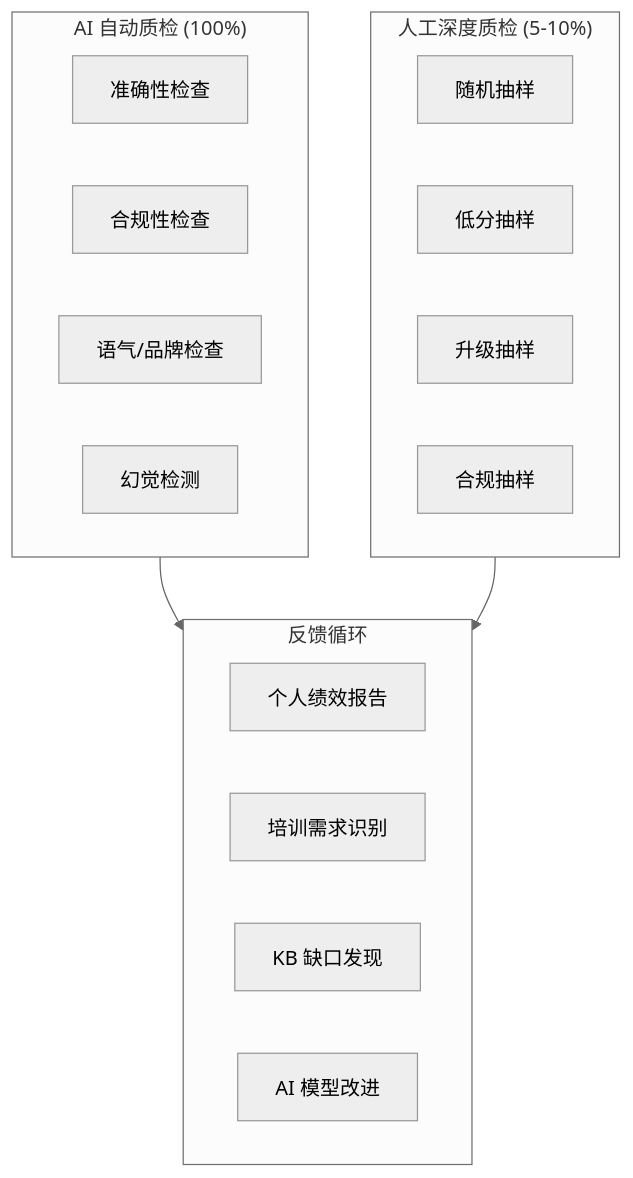
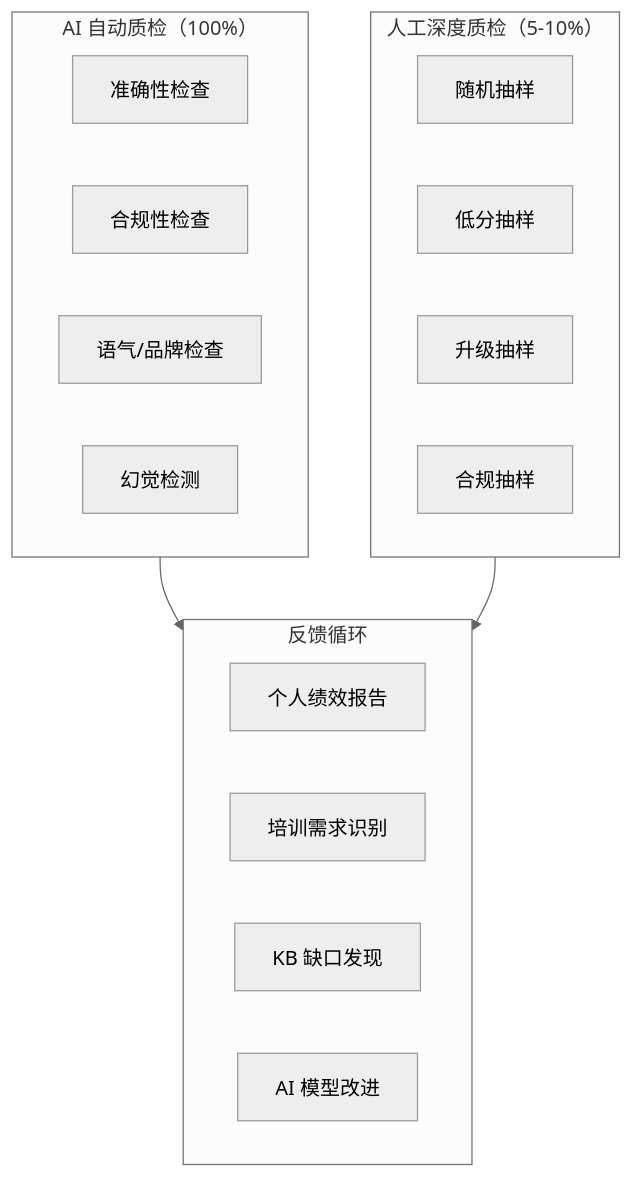
The third of 3 diagrams in i18n/zh/docusaurus-plugin-content-docs/current/15-cs-org-training.md (stars-labs/ai-driven-customer-service), drawn with Mermaid (neutral theme) before and after one commit. The commit also changed other lines of this file and 9 other files, not shown here.

First line of the commit message:
Fix zh Mermaid rendering and markdown config.

````diff
--- a/i18n/zh/docusaurus-plugin-content-docs/current/15-cs-org-training.md
+++ b/i18n/zh/docusaurus-plugin-content-docs/current/15-cs-org-training.md
@@ -172,26 +172,26 @@
 ```mermaid
 flowchart TB
-    subgraph AutoQA["AI 自动质检 (100%)"]
+    subgraph AutoQA["AI 自动质检（100%）"]
         A1[准确性检查]
         A2[合规性检查]
-        A3[语气/品牌检查]
+        A3["语气/品牌检查"]
         A4[幻觉检测]
     end
 
-    subgraph ManualQA["人工深度质检 (5-10%)"]
+    subgraph ManualQA["人工深度质检（5-10%）"]
         M1[随机抽样]
         M2[低分抽样]
         M3[升级抽样]
         M4[合规抽样]
     end
 
     subgraph Feedback["反馈循环"]
         F1[个人绩效报告]
         F2[培训需求识别]
         F3[KB 缺口发现]
         F4[AI 模型改进]
     end
 
     AutoQA --> Feedback
     ManualQA --> Feedback
 ```
````
